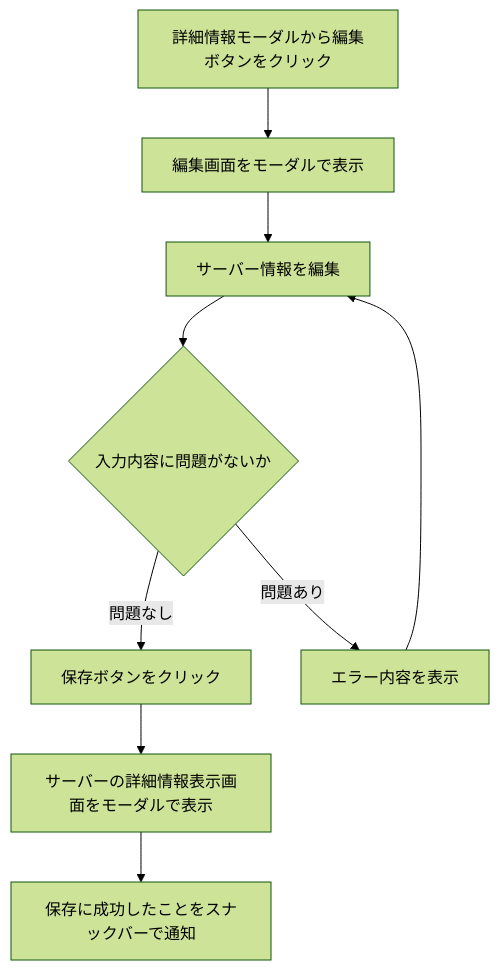
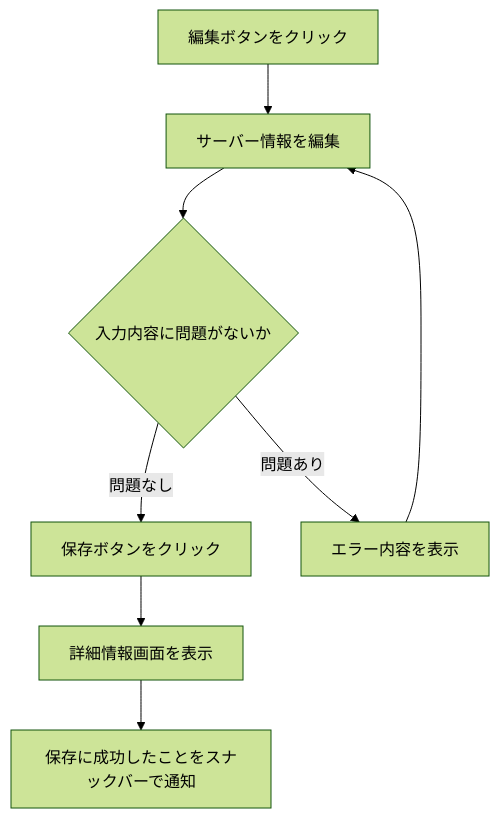
The tenth of 11 diagrams in README.md (ichi-h/komoriuta), drawn with Mermaid (forest theme) before and after one commit. The commit also changed other lines of this file, not shown here.

````diff
--- a/README.md
+++ b/README.md
@@ -316,10 +339,9 @@
 ```mermaid
 graph TD
-  ClickEditButton[詳細情報モーダルから編集ボタンをクリック] --> ShowEditModal[編集画面をモーダルで表示]
-  ShowEditModal --> Edit[サーバー情報を編集]
+  ClickEditButton[編集ボタンをクリック] --> Edit[サーバー情報を編集]
   Edit --> Validate{入力内容に問題がないか}
   Validate -- 問題なし --> Save[保存ボタンをクリック]
   Validate -- 問題あり --> ShowError[エラー内容を表示] --> Edit
-  Save --> ShowDetailModal[サーバーの詳細情報表示画面をモーダルで表示]
-  ShowDetailModal --> ShowSnackbnar[保存に成功したことをスナックバーで通知]
+  Save --> ShowDetail[詳細情報画面を表示]
+  ShowDetail --> ShowSnackbnar[保存に成功したことをスナックバーで通知]
 ```
````
